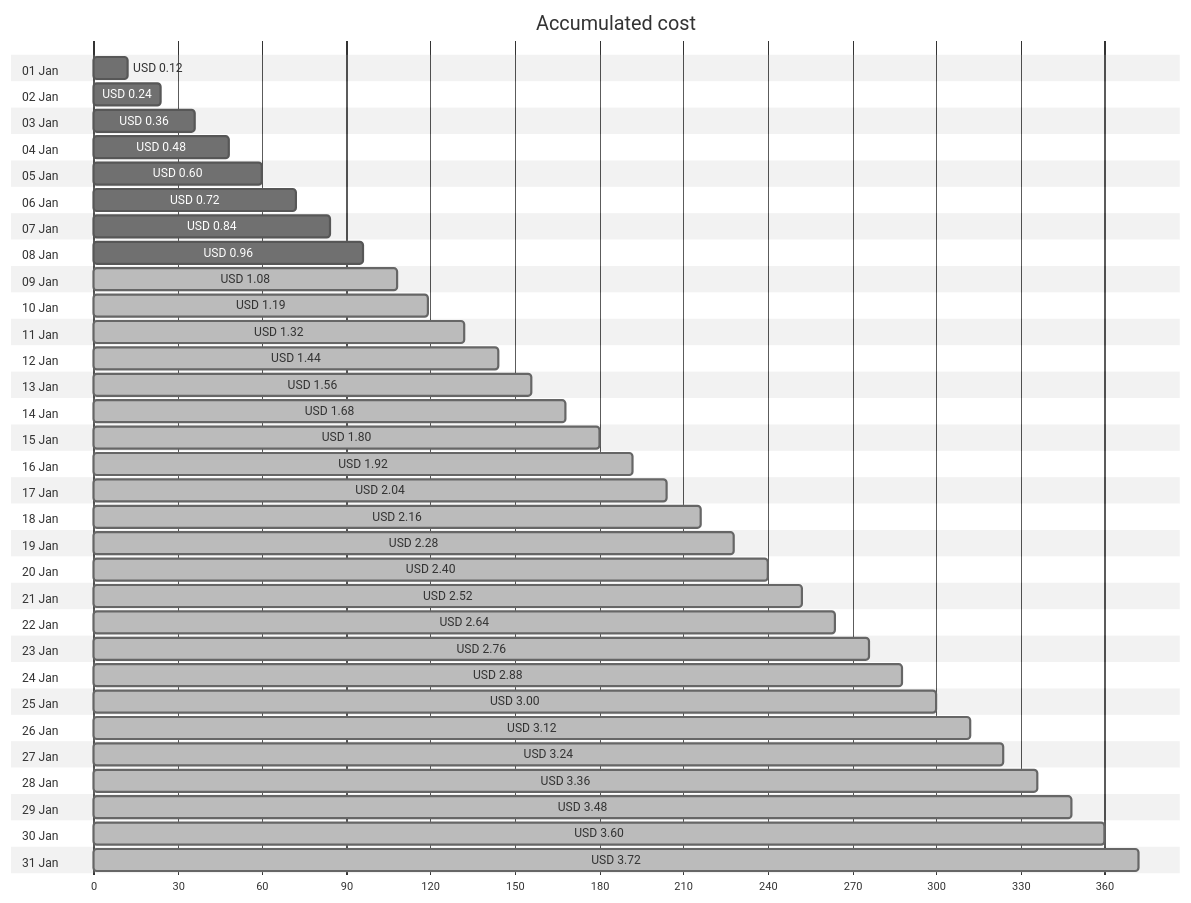
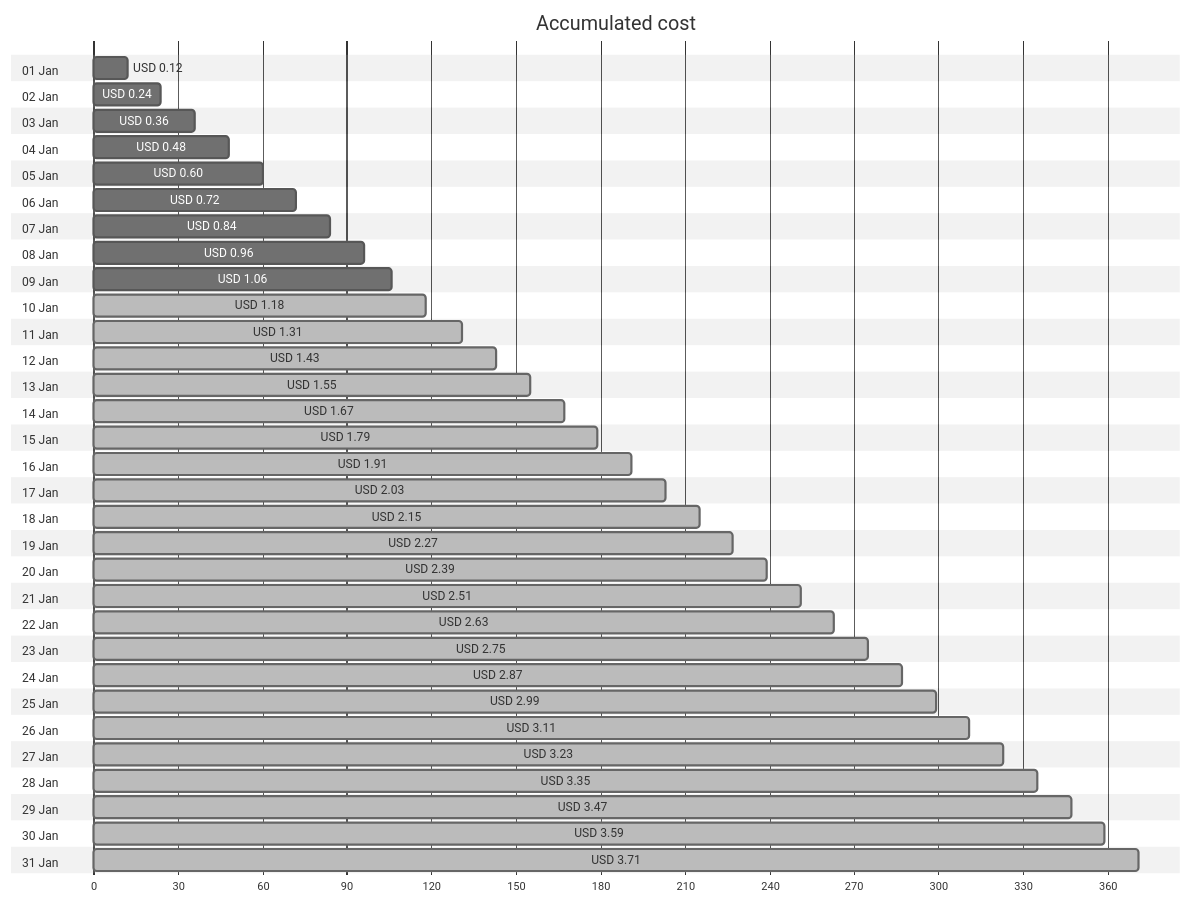
Before and after one commit to jpfulton/azure-personal-reports: the first of 4 diagrams in cost-reports/personal-network/backup-server-public-ip.md, drawn with Mermaid (neutral theme). The commit also changed other lines of this file and 8 other files, not shown here.

````diff
--- a/cost-reports/personal-network/backup-server-public-ip.md
+++ b/cost-reports/personal-network/backup-server-public-ip.md
@@ -20,68 +20,68 @@
 ```mermaid
 gantt
    title Accumulated cost
    dateFormat  X
    axisFormat %s
    section 01 Jan
    USD 0.12 :0, 12
    section 02 Jan
    USD 0.24 :0, 24
    section 03 Jan
    USD 0.36 :0, 36
    section 04 Jan
    USD 0.48 :0, 48
    section 05 Jan
    USD 0.60 :0, 60
    section 06 Jan
    USD 0.72 :0, 72
    section 07 Jan
    USD 0.84 :0, 84
    section 08 Jan
    USD 0.96 :0, 96
    section 09 Jan
-   USD 1.08 : done, 0, 108
+   USD 1.06 :0, 106
    section 10 Jan
-   USD 1.19 : done, 0, 119
+   USD 1.18 : done, 0, 118
    section 11 Jan
-   USD 1.32 : done, 0, 132
+   USD 1.31 : done, 0, 131
    section 12 Jan
-   USD 1.44 : done, 0, 144
+   USD 1.43 : done, 0, 143
    section 13 Jan
-   USD 1.56 : done, 0, 156
+   USD 1.55 : done, 0, 155
    section 14 Jan
-   USD 1.68 : done, 0, 168
+   USD 1.67 : done, 0, 167
    section 15 Jan
-   USD 1.80 : done, 0, 180
+   USD 1.79 : done, 0, 179
    section 16 Jan
-   USD 1.92 : done, 0, 192
+   USD 1.91 : done, 0, 191
    section 17 Jan
-   USD 2.04 : done, 0, 204
+   USD 2.03 : done, 0, 203
    section 18 Jan
-   USD 2.16 : done, 0, 216
+   USD 2.15 : done, 0, 215
    section 19 Jan
-   USD 2.28 : done, 0, 228
+   USD 2.27 : done, 0, 227
    section 20 Jan
-   USD 2.40 : done, 0, 240
+   USD 2.39 : done, 0, 239
    section 21 Jan
-   USD 2.52 : done, 0, 252
+   USD 2.51 : done, 0, 251
    section 22 Jan
-   USD 2.64 : done, 0, 264
+   USD 2.63 : done, 0, 263
    section 23 Jan
-   USD 2.76 : done, 0, 276
+   USD 2.75 : done, 0, 275
    section 24 Jan
-   USD 2.88 : done, 0, 288
+   USD 2.87 : done, 0, 287
    section 25 Jan
-   USD 3.00 : done, 0, 300
+   USD 2.99 : done, 0, 299
    section 26 Jan
-   USD 3.12 : done, 0, 312
+   USD 3.11 : done, 0, 311
    section 27 Jan
-   USD 3.24 : done, 0, 324
+   USD 3.23 : done, 0, 323
    section 28 Jan
-   USD 3.36 : done, 0, 336
+   USD 3.35 : done, 0, 335
    section 29 Jan
-   USD 3.48 : done, 0, 348
+   USD 3.47 : done, 0, 347
    section 30 Jan
-   USD 3.60 : done, 0, 360
+   USD 3.59 : done, 0, 359
    section 31 Jan
-   USD 3.72 : done, 0, 372
+   USD 3.71 : done, 0, 371
 ```
````
